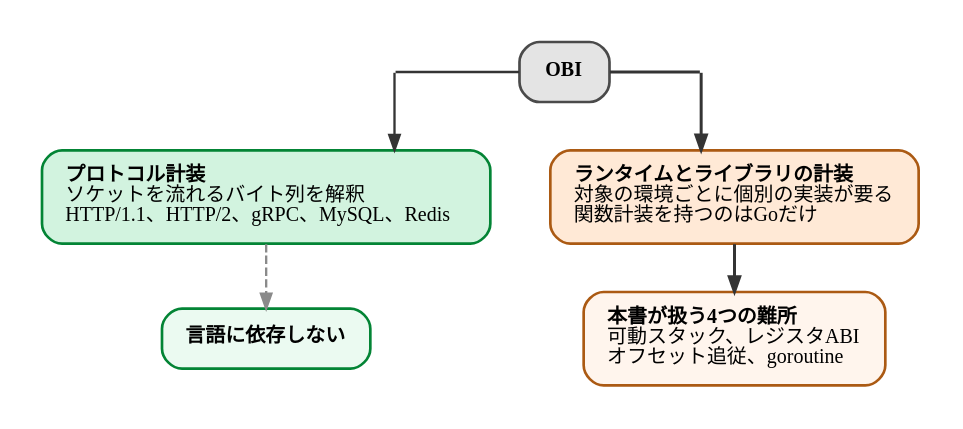
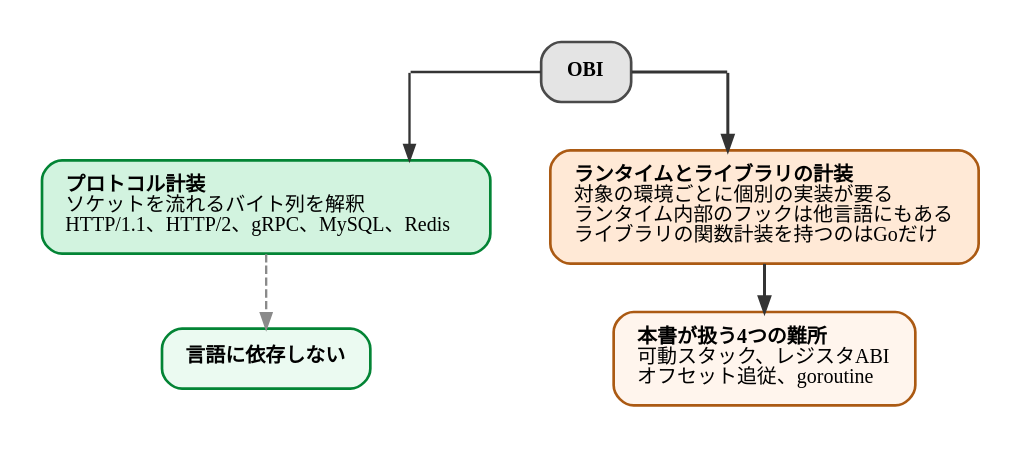
The diagram in diagrams/go-ebpf-primer/20260911-obi-two-paths.dot (ymotongpoo/zenn.dev), drawn with Graphviz before and after one commit. The commit also changed 10 other files, not shown here.

Commit message:
fix(go-ebpf-primer): 本文の修正に合わせて図版4点を更新

```diff
--- a/diagrams/go-ebpf-primer/20260911-obi-two-paths.dot
+++ b/diagrams/go-ebpf-primer/20260911-obi-two-paths.dot
@@ -1,54 +1,54 @@
 // OBIの2つの計装経路
 digraph obi_two_paths {
   graph [
     rankdir=TB, splines=ortho,
     nodesep=0.5, ranksep=0.4, pad=0.25,
     fontname="IBM Plex Sans JP", fontsize=13,
     bgcolor="white"
   ];
   node [
     fontname="IBM Plex Sans JP", fontsize=12,
     shape=box, style="rounded,filled",
     fillcolor="#F1F1F1", color="#4A4A4A", penwidth=1.6,
     margin="0.2,0.14"
   ];
   edge [
     fontname="IBM Plex Sans JP", fontsize=11,
     color="#343434", penwidth=1.4, arrowsize=0.9,
     fontcolor="#171717"
   ];
 
   obi [label=<<font face="Poppins"><b>OBI</b></font>>, fillcolor="#E4E4E4"];
 
   proto [label=<<b>プロトコル計装</b><br align="left"/>ソケットを流れるバイト列を解釈<br align="left"/>HTTP/1.1、HTTP/2、gRPC、MySQL、Redis<br align="left"/>>,
          fillcolor="#D2F3DF", color="#038435"];
-  lib [label=<<b>ランタイムとライブラリの計装</b><br align="left"/>対象の環境ごとに個別の実装が要る<br align="left"/>関数計装を持つのはGoだけ<br align="left"/>>,
+  lib [label=<<b>ランタイムとライブラリの計装</b><br align="left"/>対象の環境ごとに個別の実装が要る<br align="left"/>ランタイム内部のフックは他言語にもある<br align="left"/>ライブラリの関数計装を持つのはGoだけ<br align="left"/>>,
        fillcolor="#FFE9D6", color="#AB5A13"];
 
   proto_res [label=<<b>言語に依存しない</b>>, fillcolor="#EBFAF1", color="#038435"];
   lib_res [label=<<b>本書が扱う4つの難所</b><br align="left"/>可動スタック、レジスタABI<br align="left"/>オフセット追従、goroutine<br align="left"/>>,
            fillcolor="#FFF5ED", color="#AB5A13"];
 
   // obi からの2本は「横に伸びてから真下に折れる」形にする。splines=ortho の
   // 直角配線を dot に任せると、必ず「真下に降りてから横に折れて子の側面に入る」
   // 経路になり、しかも obi の真下に来た子だけが直線になって不揃いに見える。
   // そこで obi と同じランクに不可視の経由点 wl / wr を置き、そこで折る。
   // wl / wr は子が1つずつなので dot の座標決定で子の中心に揃い、
   // 「obi の側面から水平 → 経由点で真下 → 子の上辺」という経路になる。
   // 経由点での継ぎ目は render.sh の elbow.py がふさいで角を丸める。
   // フラットな辺は書いた向きが左右の並び順になるため、wl は wl -> obi と書く
   // （dir=none なので矢じりは出ない。流れは obi から proto / lib へ）。
   wl [shape=point, width=0.01, height=0.01, style=invis, label=""];
   wr [shape=point, width=0.01, height=0.01, style=invis, label=""];
 
   wl -> obi [dir=none];
   wl -> proto;
   obi -> wr [dir=none, penwidth=1.8];
   wr -> lib [penwidth=1.8];
   proto -> proto_res [style=dashed, color="#8A8A8A"];
   lib -> lib_res [penwidth=1.8];
 
   { rank=same; wl; obi; wr; }
   { rank=same; proto; lib; }
   { rank=same; proto_res; lib_res; }
 }
```
